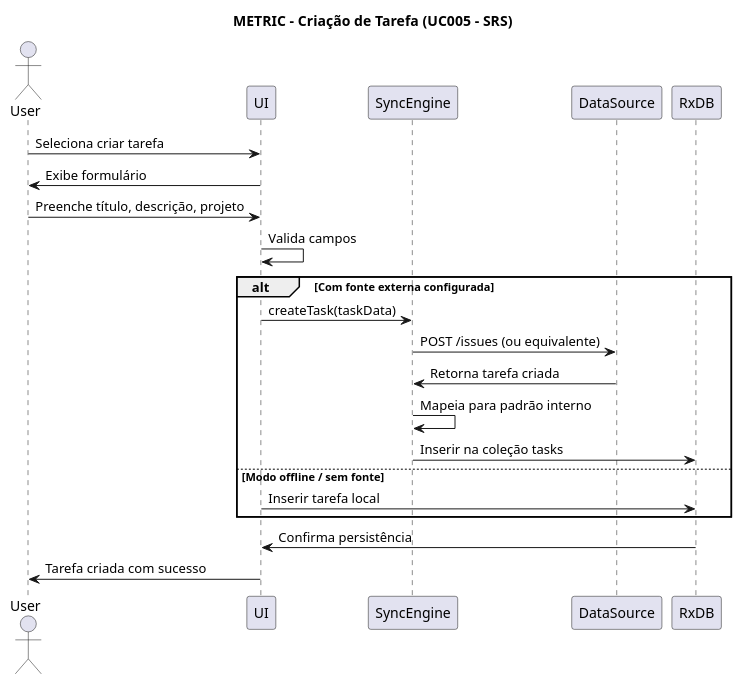
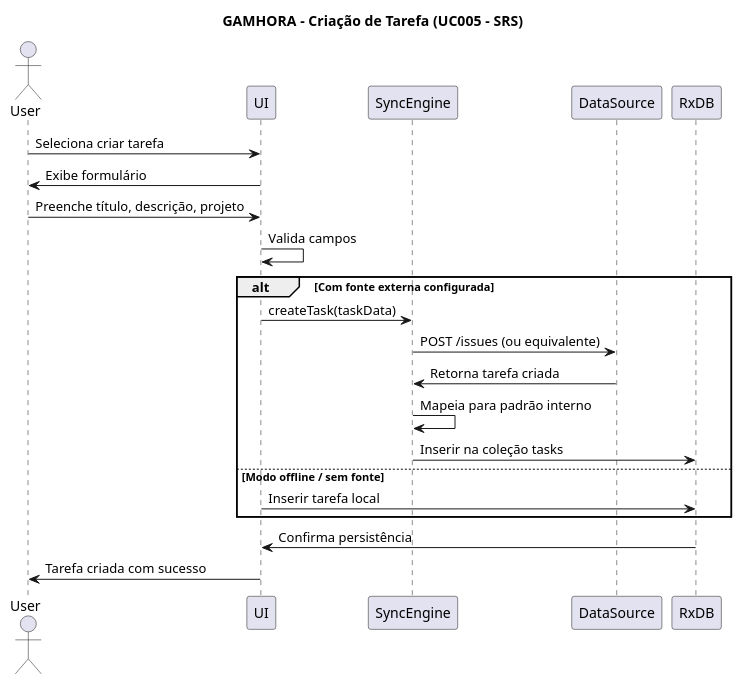
The diagram in docs/srs/diagrams/puml/flow/diagram-flow-002-task-creation.puml (Gustavohps10/gamhora), drawn with PlantUML before and after one commit. The commit also changed 323 other files, not shown here.

Commit message:
feat(core): rebrand from Metric to Gamhora, setup typecheck pipeline and strict typings

```diff
--- a/docs/srs/diagrams/puml/flow/diagram-flow-002-task-creation.puml
+++ b/docs/srs/diagrams/puml/flow/diagram-flow-002-task-creation.puml
@@ -1,27 +1,27 @@
 @startuml TaskCreationFlow
-title METRIC - Criação de Tarefa (UC005 - SRS)
+title GAMHORA - Criação de Tarefa (UC005 - SRS)
 actor User
 participant UI
 participant SyncEngine
 participant DataSource
 participant RxDB
 
 User -> UI: Seleciona criar tarefa
 UI -> User: Exibe formulário
 
 User -> UI: Preenche título, descrição, projeto
 UI -> UI: Valida campos
 
 alt Com fonte externa configurada
     UI -> SyncEngine: createTask(taskData)
     SyncEngine -> DataSource: POST /issues (ou equivalente)
     DataSource -> SyncEngine: Retorna tarefa criada
     SyncEngine -> SyncEngine: Mapeia para padrão interno
     SyncEngine -> RxDB: Inserir na coleção tasks
 else Modo offline / sem fonte
     UI -> RxDB: Inserir tarefa local
 end
 
 RxDB -> UI: Confirma persistência
 UI -> User: Tarefa criada com sucesso
 @enduml
```
